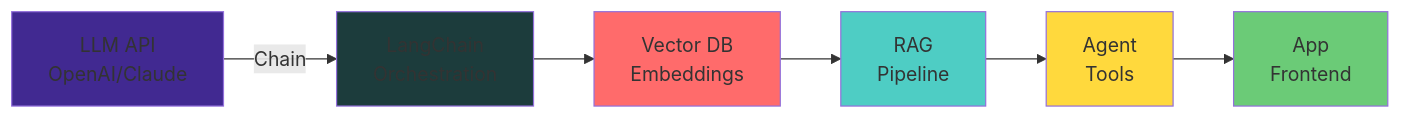
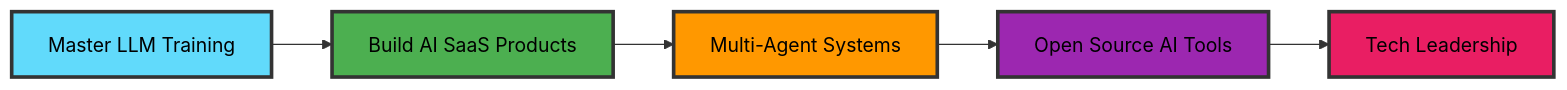
One commit to Visbhavesh/Visbhavesh changed the diagram in README.md. Above: the diagram before and after it, drawn with Mermaid. The commit also changed other lines of this file, not shown here.

````diff
--- a/README.md
+++ b/README.md
@@ -177,15 +193,13 @@
 ```mermaid
 graph LR
-    A["LLM API<br/>OpenAI/Claude"] -->|Chain| B["LangChain<br/>Orchestration"]
-    B --> C["Vector DB<br/>Embeddings"]
-    C --> D["RAG<br/>Pipeline"]
-    D --> E["Agent<br/>Tools"]
-    E --> F["App<br/>Frontend"]
+    A[Master LLM Training] --> B[Build AI SaaS Products]
+    B --> C[Multi-Agent Systems]
+    C --> D[Open Source AI Tools]
+    D --> E[Tech Leadership]
     
-    style A fill:#412991
-    style B fill:#1C3C3C
-    style C fill:#FF6B6B
-    style D fill:#4ECDC4
-    style E fill:#FFD93D
-    style F fill:#6BCB77
+    style A fill:#61dafb,stroke:#333,stroke-width:3px,color:#000
+    style B fill:#4caf50,stroke:#333,stroke-width:3px,color:#000
+    style C fill:#ff9800,stroke:#333,stroke-width:3px,color:#000
+    style D fill:#9c27b0,stroke:#333,stroke-width:3px,color:#000
+    style E fill:#e91e63,stroke:#333,stroke-width:3px,color:#000
 ```
````
